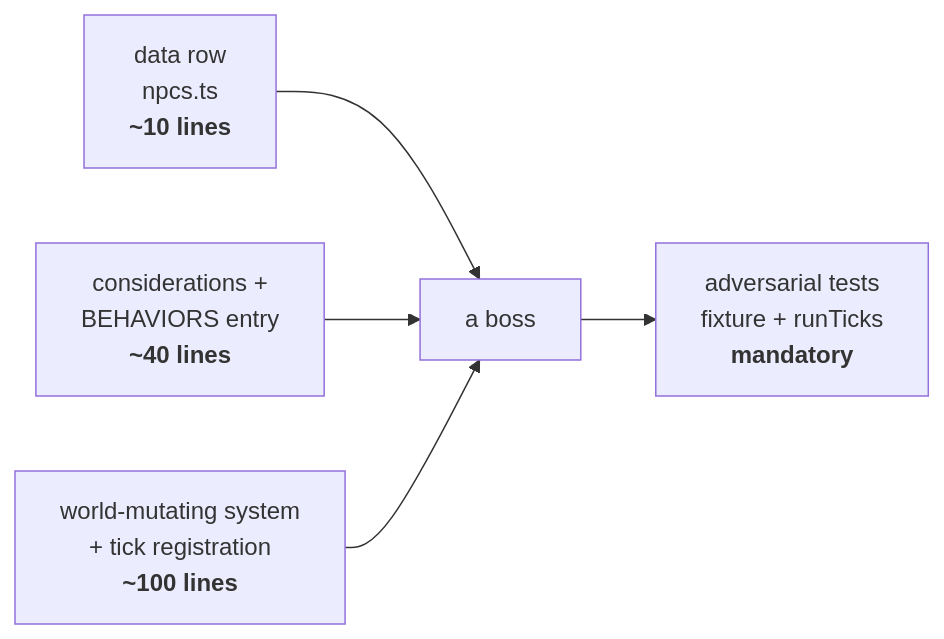
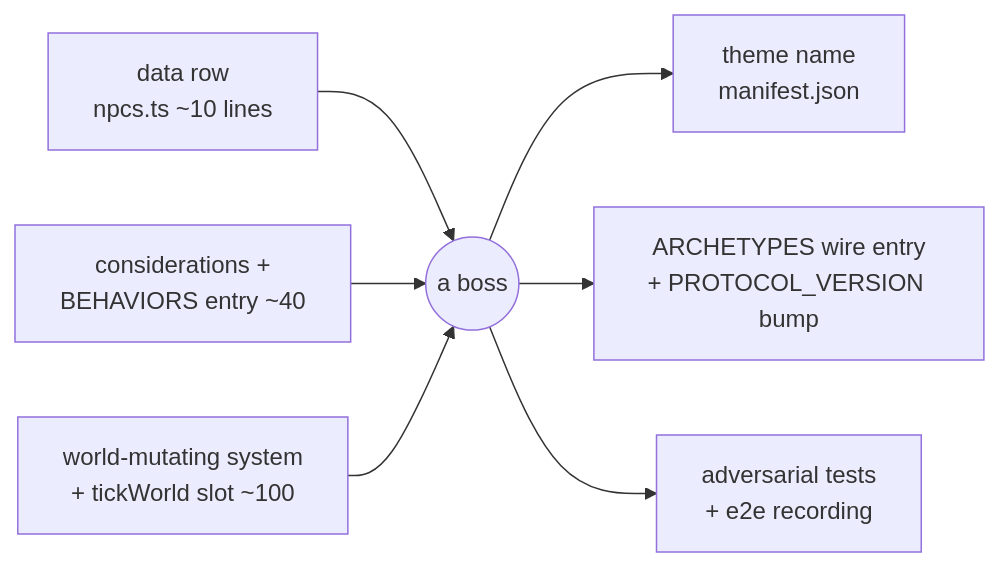
The diagram in docs/design/boss-variety.md (redaphid/sporefall-station), drawn with Mermaid before and after one commit. The commit also changed other lines of this file, not shown here.

````diff
--- a/docs/design/boss-variety.md
+++ b/docs/design/boss-variety.md
@@ -146,7 +153,9 @@
 ```mermaid
 flowchart LR
-  A["data row<br/>npcs.ts<br/><b>~10 lines</b>"] --> D["a boss"]
-  B["considerations +<br/>BEHAVIORS entry<br/><b>~40 lines</b>"] --> D
-  C["world-mutating system<br/>+ tick registration<br/><b>~100 lines</b>"] --> D
-  D --> E["adversarial tests<br/>fixture + runTicks<br/><b>mandatory</b>"]
+  A["data row<br/>npcs.ts ~10 lines"] --> D(("a boss"))
+  B["considerations +<br/>BEHAVIORS entry ~40"] --> D
+  C["world-mutating system<br/>+ tickWorld slot ~100"] --> D
+  D --> E["theme name<br/>manifest.json"]
+  D --> F["ARCHETYPES wire entry<br/>+ PROTOCOL_VERSION bump"]
+  D --> G["adversarial tests<br/>+ e2e recording"]
 ```
````
